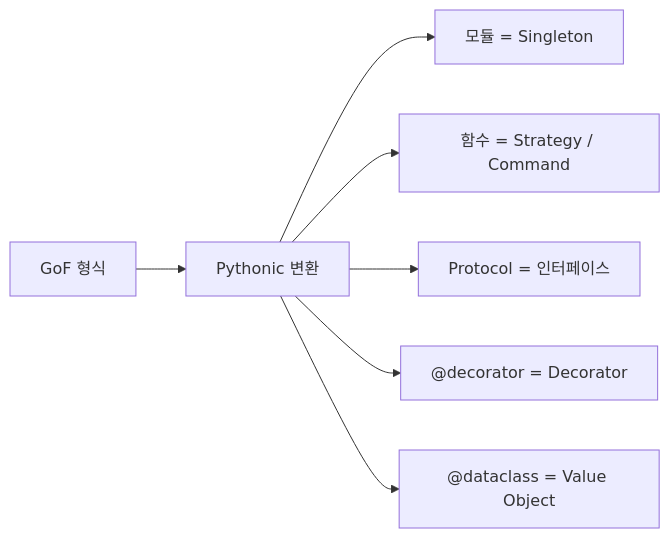
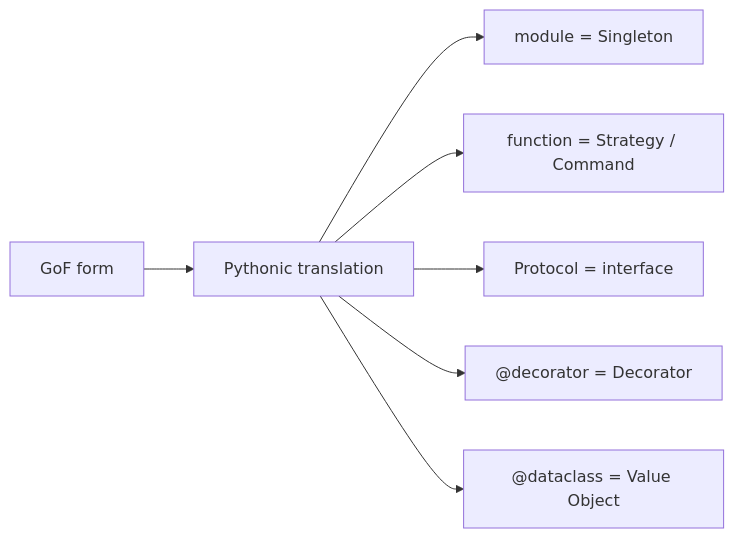
The diagram in content/design-patterns-101/ko/10-pythonic-patterns.md (yeongseon-books/book-content), drawn with Mermaid before and after one commit. The commit also changed other lines of this file and 9 other files, not shown here.

````diff
--- a/content/design-patterns-101/ko/10-pythonic-patterns.md
+++ b/content/design-patterns-101/ko/10-pythonic-patterns.md
@@ -36,9 +50,9 @@
 ```mermaid
 flowchart LR
-    GoF["GoF 형식"] --> Trans["Pythonic 변환"]
-    Trans --> Mod["모듈 = Singleton"]
-    Trans --> Fn["함수 = Strategy / Command"]
-    Trans --> Proto["Protocol = 인터페이스"]
+    GoF["GoF form"] --> Trans["Pythonic translation"]
+    Trans --> Mod["module = Singleton"]
+    Trans --> Fn["function = Strategy / Command"]
+    Trans --> Proto["Protocol = interface"]
     Trans --> Deco["@decorator = Decorator"]
     Trans --> DC["@dataclass = Value Object"]
 ```
````
